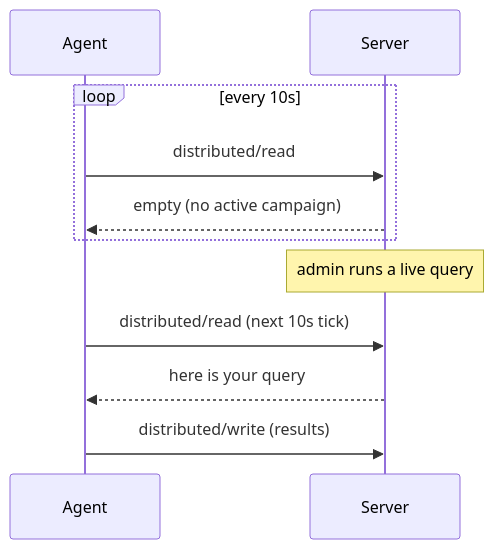
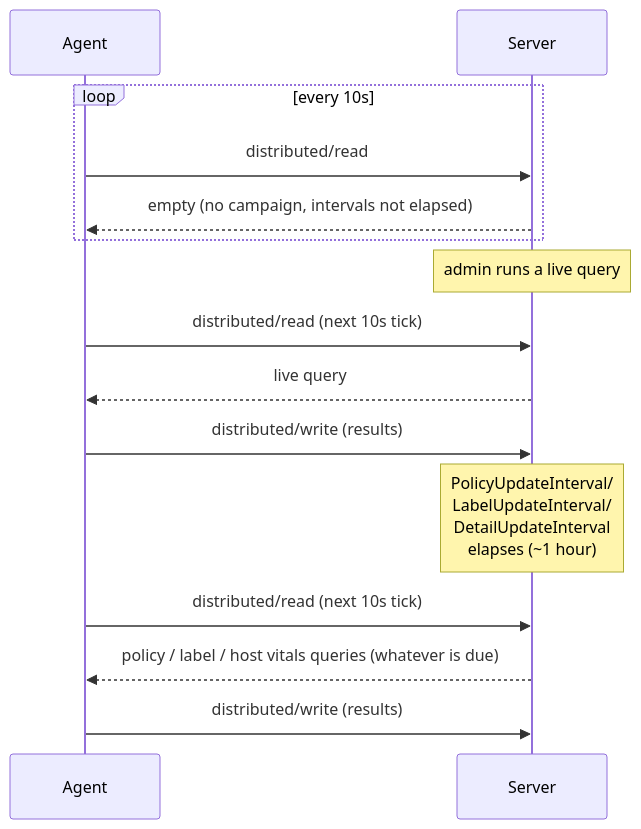
Before and after one commit to fleetdm/fleet: the third of 4 diagrams in docs/Contributing/adr/0011-agent-websocket-transport.md, drawn with Mermaid. The commit also changed other lines of this file, not shown here.

Commit message:
Add policies, labels, detail queries cron to main diagram

````diff
--- a/docs/Contributing/adr/0011-agent-websocket-transport.md
+++ b/docs/Contributing/adr/0011-agent-websocket-transport.md
@@ -115,13 +116,20 @@
 ```mermaid
 sequenceDiagram
     participant Agent
     participant Server
+
     loop every 10s
         Agent->>Server: distributed/read
-        Server-->>Agent: empty (no active campaign)
+        Server-->>Agent: empty (no campaign, intervals not elapsed)
     end
+
     Note over Server: admin runs a live query
     Agent->>Server: distributed/read (next 10s tick)
-    Server-->>Agent: here is your query
+    Server-->>Agent: live query
+    Agent->>Server: distributed/write (results)
+
+    Note over Server: PolicyUpdateInterval/<br>LabelUpdateInterval/<br>DetailUpdateInterval<br> elapses (~1 hour)
+    Agent->>Server: distributed/read (next 10s tick)
+    Server-->>Agent: policy / label / host vitals queries (whatever is due)
     Agent->>Server: distributed/write (results)
 ```
````
